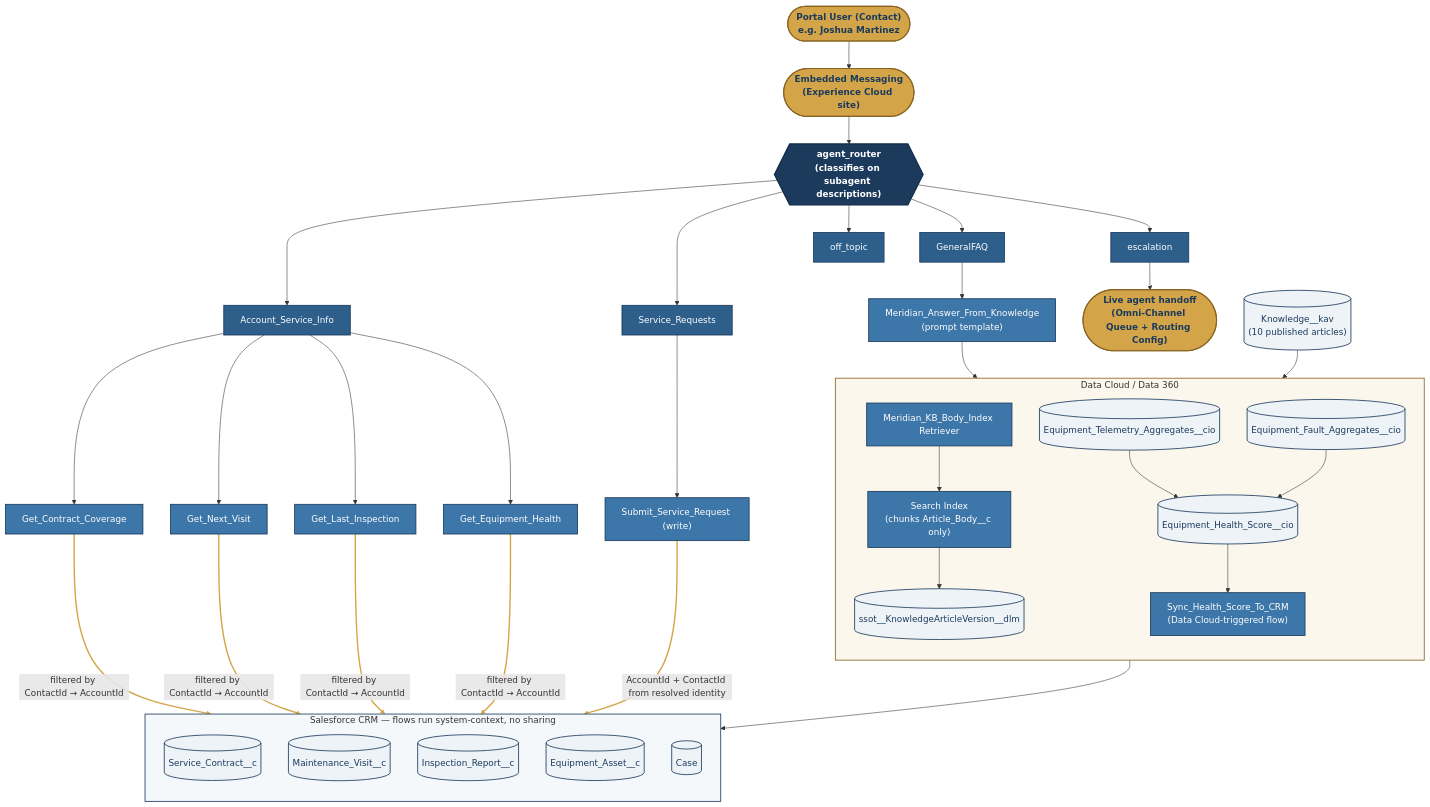
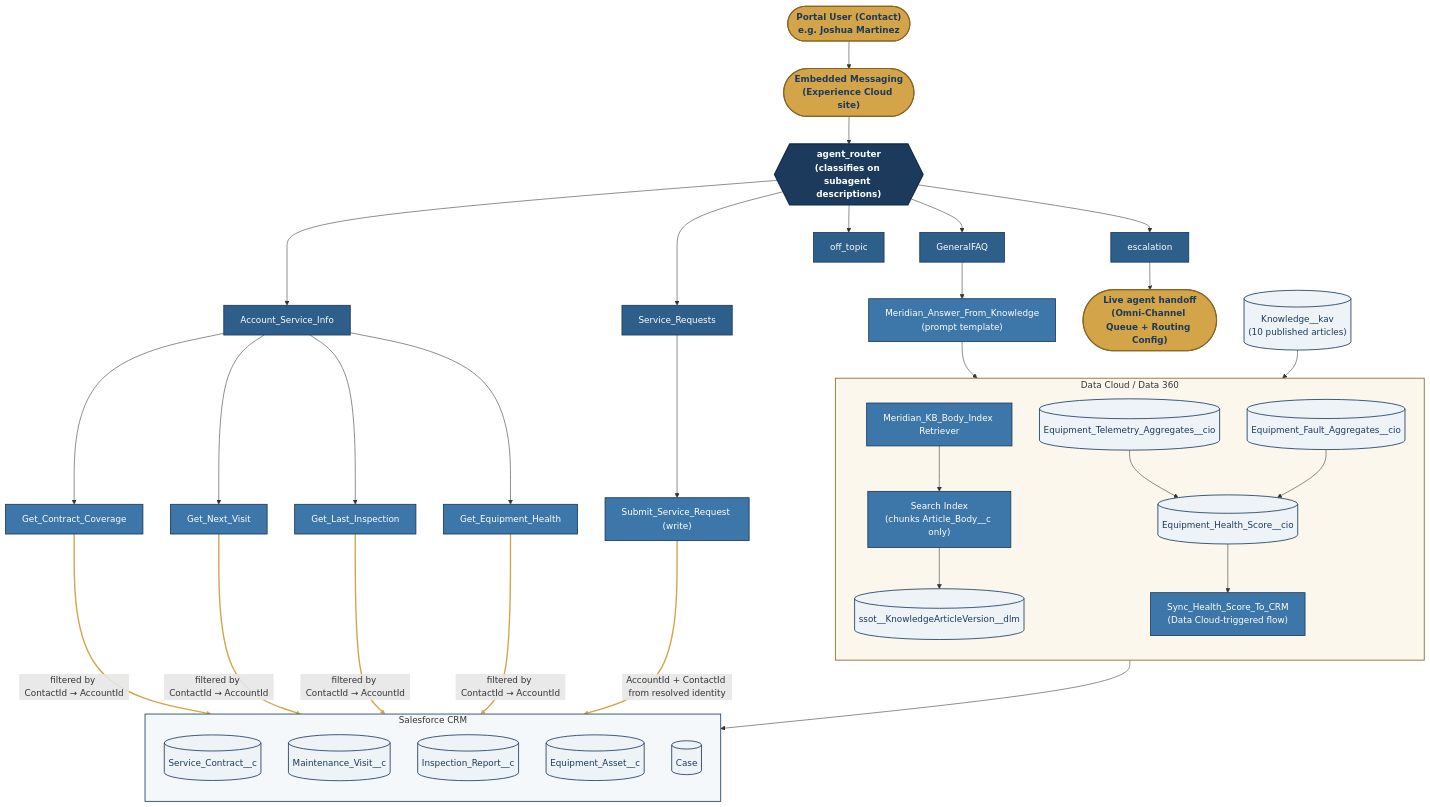
The diagram in README.md (Camden-sung/agentforce-portfolio), drawn with Mermaid before and after one commit.

Commit message:
Shorten CRM subgraph label in architecture diagram

````diff
--- a/README.md
+++ b/README.md
@@ -9,69 +9,69 @@
 ```mermaid
 flowchart TB
     User(["Portal User (Contact)<br/>e.g. Joshua Martinez"]) --> EM(["Embedded Messaging<br/>(Experience Cloud site)"])
     EM --> Router{{"agent_router<br/>(classifies on subagent descriptions)"}}
 
     Router --> FAQ["GeneralFAQ"]
     Router --> Info["Account_Service_Info"]
     Router --> Req["Service_Requests"]
     Router --> Esc["escalation"]
     Router --> Off["off_topic"]
 
     FAQ --> Prompt["Meridian_Answer_From_Knowledge<br/>(prompt template)"]
     Info --> A1["Get_Contract_Coverage"]
     Info --> A2["Get_Next_Visit"]
     Info --> A3["Get_Last_Inspection"]
     Info --> A4["Get_Equipment_Health"]
     Req --> A5["Submit_Service_Request (write)"]
     Esc --> Human(["Live agent handoff<br/>(Omni-Channel Queue + Routing Config)"])
 
-    subgraph CRM["Salesforce CRM — flows run system-context, no sharing"]
+    subgraph CRM["Salesforce CRM"]
         direction TB
         SC[("Service_Contract__c")]
         MV[("Maintenance_Visit__c")]
         IR[("Inspection_Report__c")]
         EA[("Equipment_Asset__c")]
         CS[("Case")]
     end
 
     A1 -->|"filtered by ContactId&nbsp;&rarr;&nbsp;AccountId"| SC
     A2 -->|"filtered by ContactId&nbsp;&rarr;&nbsp;AccountId"| MV
     A3 -->|"filtered by ContactId&nbsp;&rarr;&nbsp;AccountId"| IR
     A4 -->|"filtered by ContactId&nbsp;&rarr;&nbsp;AccountId"| EA
     A5 -->|"AccountId + ContactId from resolved identity"| CS
 
     subgraph DataCloud["Data Cloud / Data 360"]
         direction TB
         Retriever["Meridian_KB_Body_Index Retriever"]
         Index["Search Index<br/>(chunks Article_Body__c only)"]
         KDMO[("ssot__KnowledgeArticleVersion__dlm")]
         Tele[("Equipment_Telemetry_Aggregates__cio")]
         Fault[("Equipment_Fault_Aggregates__cio")]
         Health[("Equipment_Health_Score__cio")]
         Sync["Sync_Health_Score_To_CRM<br/>(Data Cloud-triggered flow)"]
     end
 
     Prompt --> Retriever --> Index --> KDMO
     KAV[("Knowledge__kav<br/>(10 published articles)")] --> KDMO
 
     Tele --> Health
     Fault --> Health
     Health --> Sync --> EA
 
     classDef touchpoint fill:#d4a548,stroke:#8a6423,stroke-width:2px,color:#1b3a5c,font-weight:bold
     classDef router fill:#1b3a5c,stroke:#0f2847,stroke-width:2px,color:#ffffff,font-weight:bold
     classDef subagent fill:#2d5f8a,stroke:#1b3a5c,stroke-width:1.5px,color:#ffffff
     classDef action fill:#3d76a8,stroke:#1b3a5c,stroke-width:1.5px,color:#ffffff
     classDef datastore fill:#eef3f8,stroke:#1b3a5c,stroke-width:1.5px,color:#1b3a5c
 
     class User,EM,Human touchpoint
     class Router router
     class FAQ,Info,Req,Esc,Off subagent
     class Prompt,A1,A2,A3,A4,A5,Retriever,Index,Sync action
     class SC,MV,IR,EA,CS,KDMO,Tele,Fault,Health,KAV datastore
 
     style CRM fill:#f5f8fb,stroke:#1b3a5c,stroke-width:1.5px
     style DataCloud fill:#fbf7ec,stroke:#8a6423,stroke-width:1.5px
 
     linkStyle 14,15,16,17,18 stroke:#d4a548,stroke-width:2.5px
 ```
````
